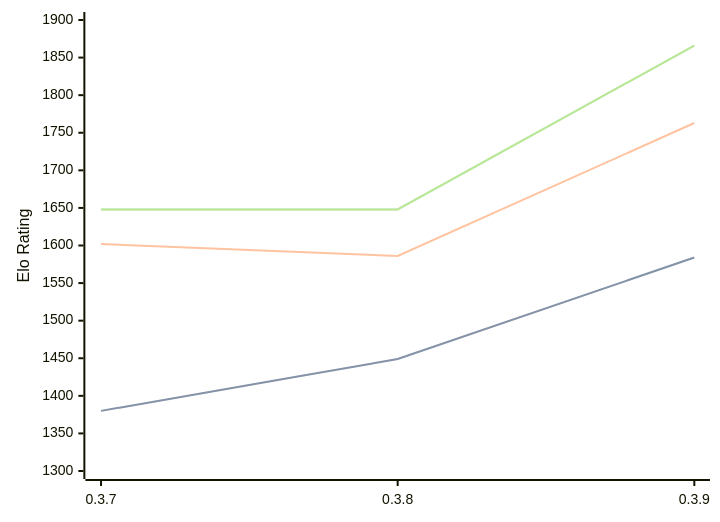
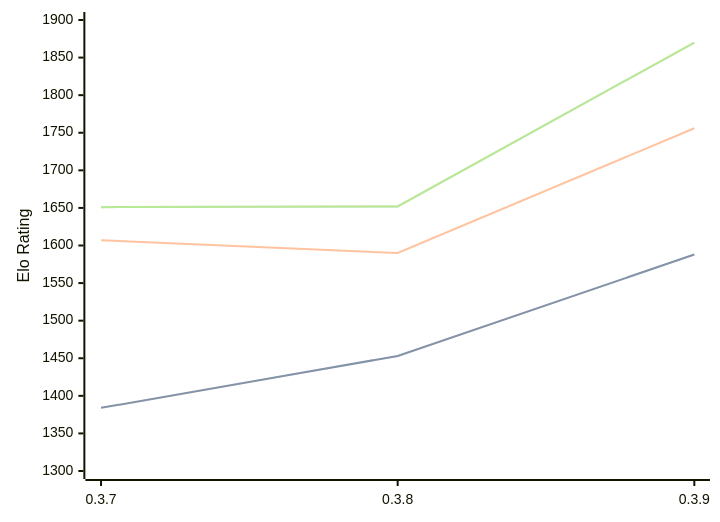
The diagram in engines/Arche.md (computer-chess-index/cci), drawn with Mermaid before and after one commit. The commit also changed other lines of this file, not shown here.

Commit message:
Update CCI Ratings (ELO VLTC) - 2026-08-18

````diff
--- a/engines/Arche.md
+++ b/engines/Arche.md
@@ -33,11 +33,11 @@
 ```mermaid
 %%{init: {"theme":"base","themeVariables":{"seriesColors:['#a3a3a3','#222221','#faa371']}}}%%
 xychart-beta
   x-axis ["0.3.7", "0.3.8", "0.3.9"]
   y-axis "Elo Rating" 1300 --> 1900
-  line "STC (8.0+0.08s)" [1380, 1449, 1584]
-  line "STC (8.0+0.08s)" [1380, 1449, 1584]
-  line "LTC (60.0+0.60s)" [1602, 1586, 1763]
-  line "VLTC (2m24s+1.12s)" [1648, 1648, 1866]
-  line "VLTC (2m24s+1.12s)" [1648, 1648, 1866]
+  line "STC (8.0+0.08s)" [1384, 1453, 1588]
+  line "STC (8.0+0.08s)" [1384, 1453, 1588]
+  line "LTC (60.0+0.60s)" [1607, 1590, 1756]
+  line "VLTC (2m24s+1.12s)" [1651, 1652, 1870]
+  line "VLTC (2m24s+1.12s)" [1651, 1652, 1870]
 ```
````
